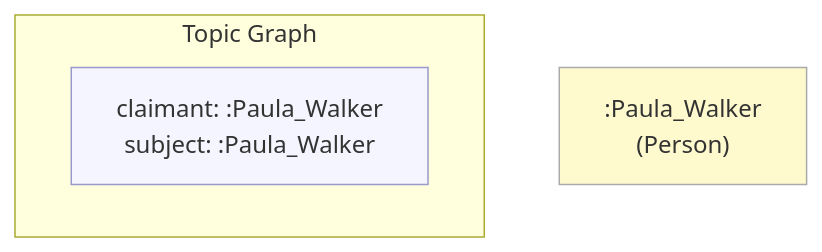
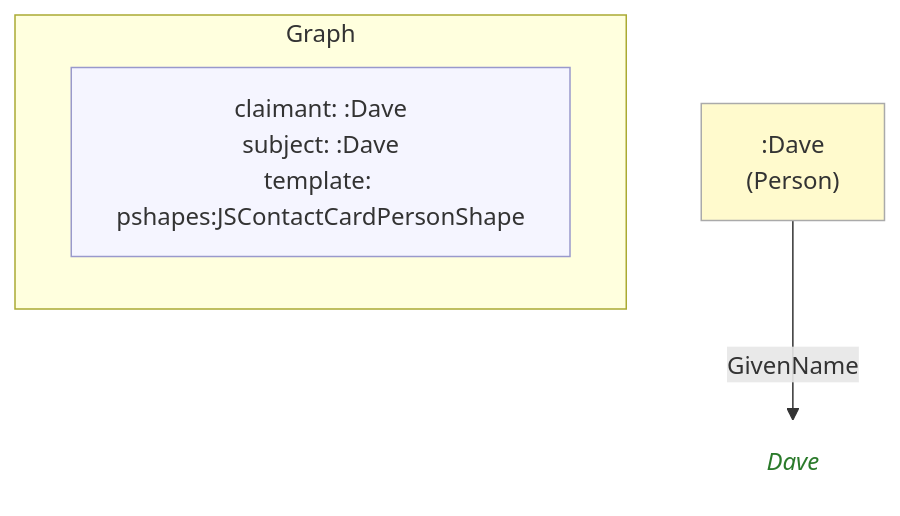
Before and after one commit to MeeFoundation/mia-ontologies: the diagram in example/graphs/images/graph-05.mmd, drawn with Mermaid. The commit also changed 114 other files, not shown here.

```diff
--- a/example/graphs/images/graph-05.mmd
+++ b/example/graphs/images/graph-05.mmd
@@ -1,13 +1,15 @@
 flowchart TD
     classDef person fill:#fffacd,stroke:#aaa,color:#333
-    classDef grp    fill:#d4edda,stroke:#aaa,color:#333
     classDef org    fill:#cce5ff,stroke:#aaa,color:#333
     classDef lit    fill:none,stroke:none,font-style:italic,color:#2a7a2a
     classDef meta   fill:#f5f5ff,stroke:#9999cc,color:#333
 
-    subgraph ctx["Topic Graph"]
+    subgraph ctx["Graph"]
         direction LR
-        ctx_meta["claimant: :Paula_Walker\nsubject: :Paula_Walker"]:::meta
+        ctx_meta["claimant: :Dave\nsubject: :Dave\ntemplate: pshapes:JSContactCardPersonShape"]:::meta
     end
 
-    nf4296ab13de4[":Paula_Walker\n(Person)"]:::person
+    n1c28f5f47932[":Dave\n(Person)"]:::person
+    n0d1e3c30a2bd("Dave"):::lit
+
+    n1c28f5f47932 -->|"GivenName"| n0d1e3c30a2bd
```
